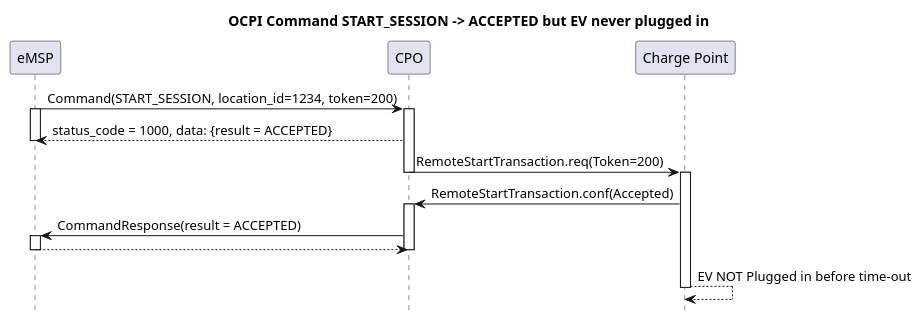
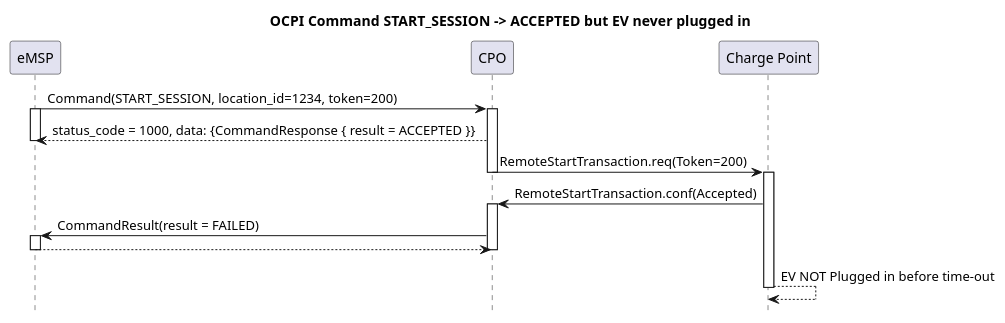
One commit to ocpi/ocpi changed the diagram in plantuml/command_start_session_timeout.plantuml. Above: the diagram before and after it, drawn with PlantUML. The commit also changed 11 other files, not shown here.

Commit message:
Improved command module, added CommandResponse, added messages to both CommandResponse and CommandResult

```diff
--- a/plantuml/command_start_session_timeout.plantuml
+++ b/plantuml/command_start_session_timeout.plantuml
@@ -1,30 +1,30 @@
 @startuml
 title OCPI Command START_SESSION -> ACCEPTED but EV never plugged in
 hide footbox
 
 participant eMSP
 participant CPO
 participant "Charge Point" as CP
 
 eMSP ->  CPO:  Command(START_SESSION, location_id=1234, token=200)
 activate eMSP
 activate CPO
-CPO  --> eMSP: status_code = 1000, data: {result = ACCEPTED}
+CPO  --> eMSP: status_code = 1000, data: {CommandResponse { result = ACCEPTED }}
 deactivate eMSP
 
 CPO  ->  CP:   RemoteStartTransaction.req(Token=200)
 deactivate CPO
 activate CP
 CP   ->  CPO:  RemoteStartTransaction.conf(Accepted)
 activate CPO
-CPO  ->  eMSP: CommandResponse(result = ACCEPTED)
+CPO  ->  eMSP: CommandResult(result = FAILED)
 activate eMSP
 eMSP --> CPO: 
 deactivate CPO
 deactivate eMSP
 
 CP   --> CP: EV NOT Plugged in before time-out
 
 deactivate CP
 
 @enduml
```
